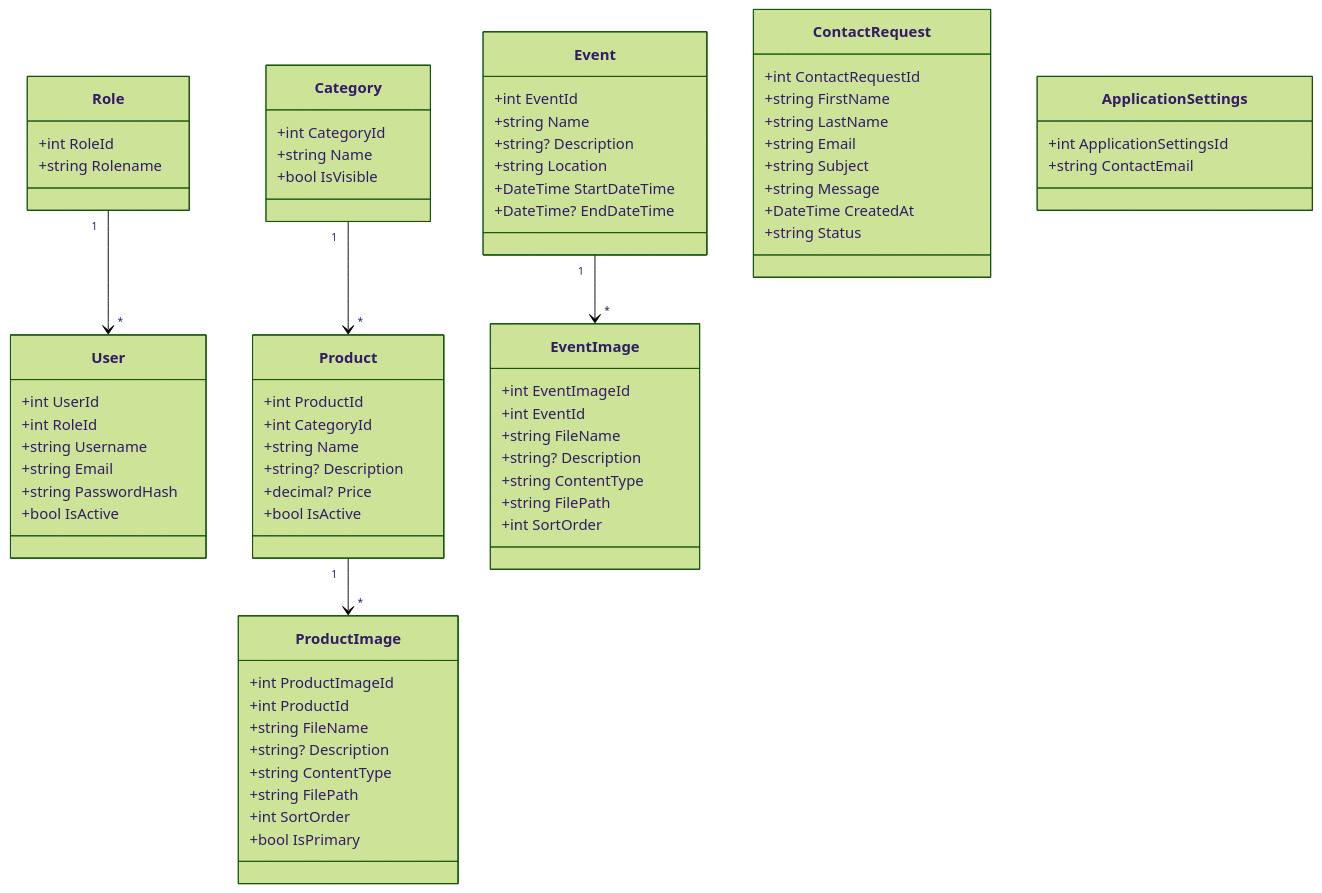
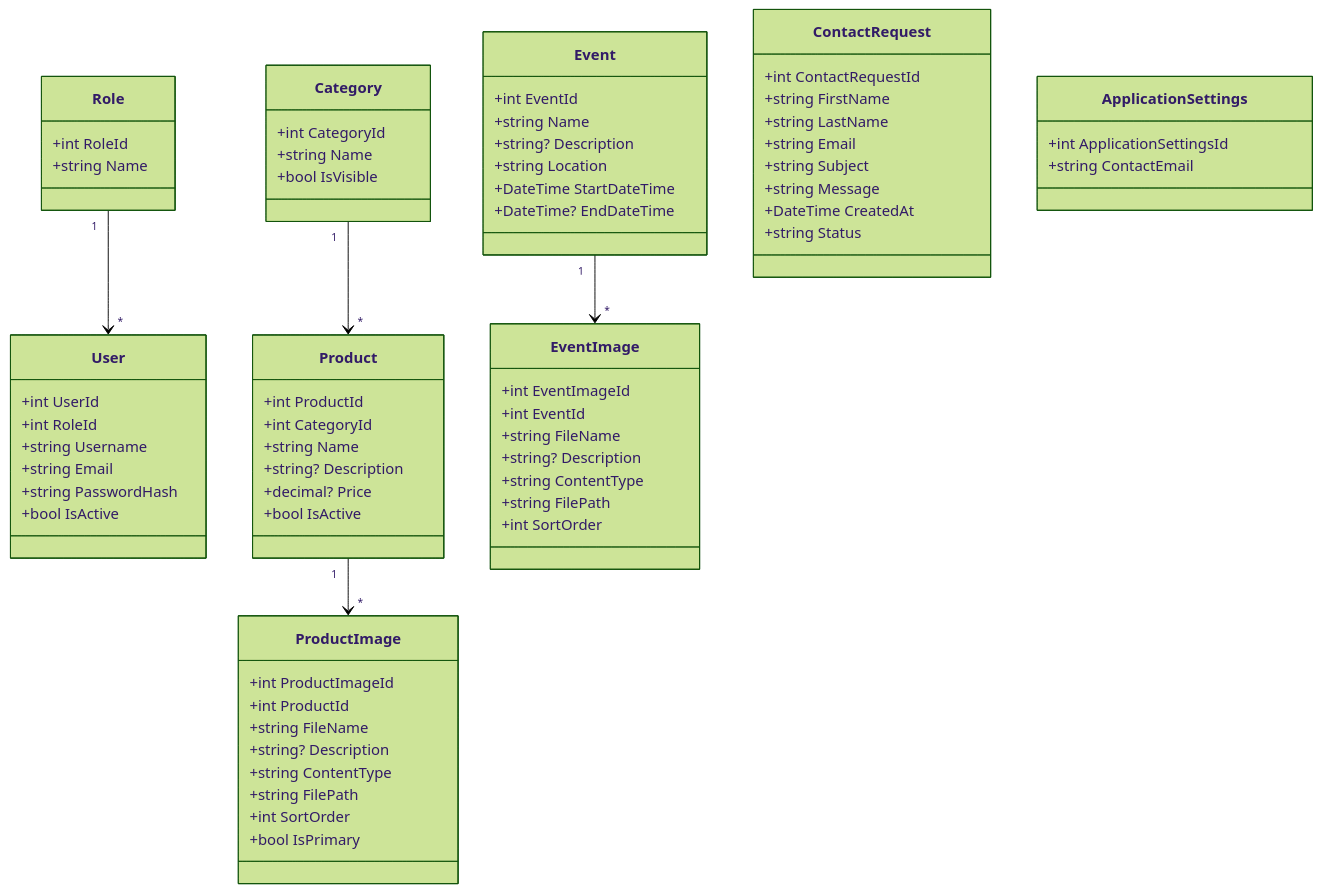
Before and after one commit to SchuelerfirmaBBS1/Webseite_Schuelerfirma_04: the diagram in documentation/UMLClassDiagram.mmd, drawn with Mermaid (forest theme).

```diff
--- a/documentation/UMLClassDiagram.mmd
+++ b/documentation/UMLClassDiagram.mmd
@@ -1,83 +1,83 @@
 classDiagram
 
 class User {
     +int UserId
     +int RoleId
     +string Username
     +string Email
     +string PasswordHash
     +bool IsActive
 }
 
 class Role {
     +int RoleId
-    +string Rolename
+    +string Name
 }
 
 Role "1" --> "*" User
 
 class Category {
     +int CategoryId
     +string Name
     +bool IsVisible
 }
 
 class Product {
     +int ProductId
     +int CategoryId
     +string Name
     +string? Description
     +decimal? Price
     +bool IsActive
 }
 
 class ProductImage {
     +int ProductImageId
     +int ProductId
     +string FileName
     +string? Description
     +string ContentType
     +string FilePath
     +int SortOrder
     +bool IsPrimary
 }
 
 Category "1" --> "*" Product
 Product "1" --> "*" ProductImage
 
 class Event {
     +int EventId
     +string Name
     +string? Description
     +string Location
     +DateTime StartDateTime
     +DateTime? EndDateTime
 }
 
 class EventImage {
     +int EventImageId
     +int EventId
     +string FileName
     +string? Description
     +string ContentType
     +string FilePath
     +int SortOrder
 }
 
 Event "1" --> "*" EventImage
 
 class ContactRequest {
     +int ContactRequestId
     +string FirstName
     +string LastName
     +string Email
     +string Subject
     +string Message
     +DateTime CreatedAt
     +string Status
 }
 
 class ApplicationSettings {
     +int ApplicationSettingsId
     +string ContactEmail
 }
```
